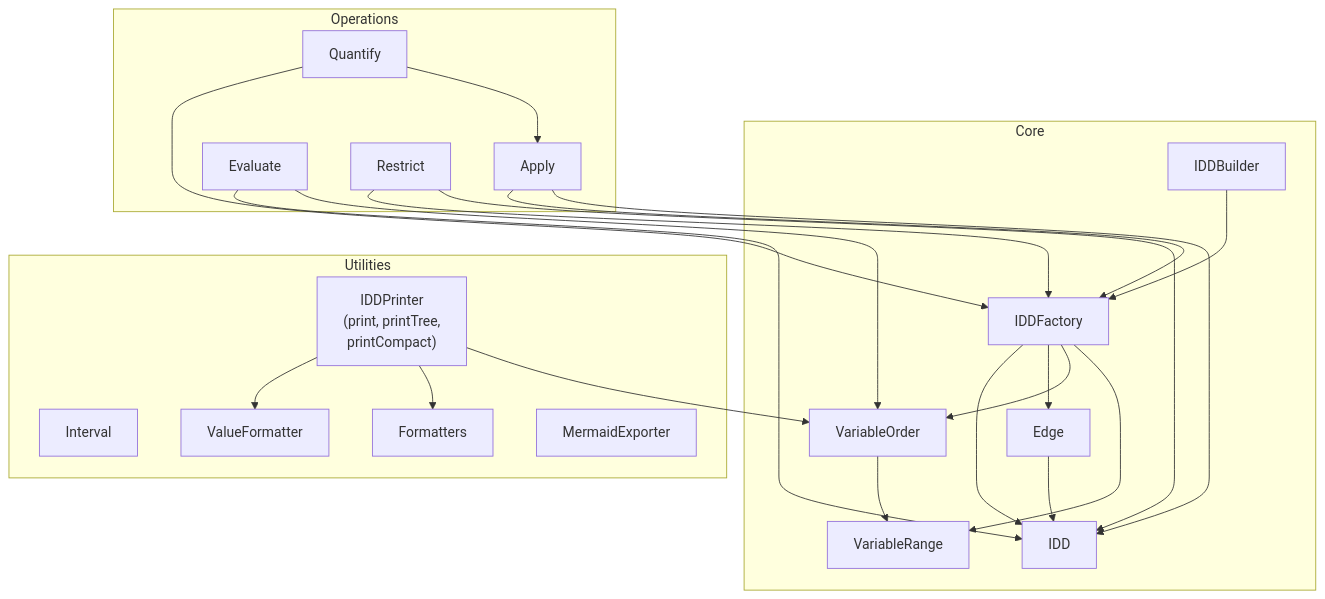
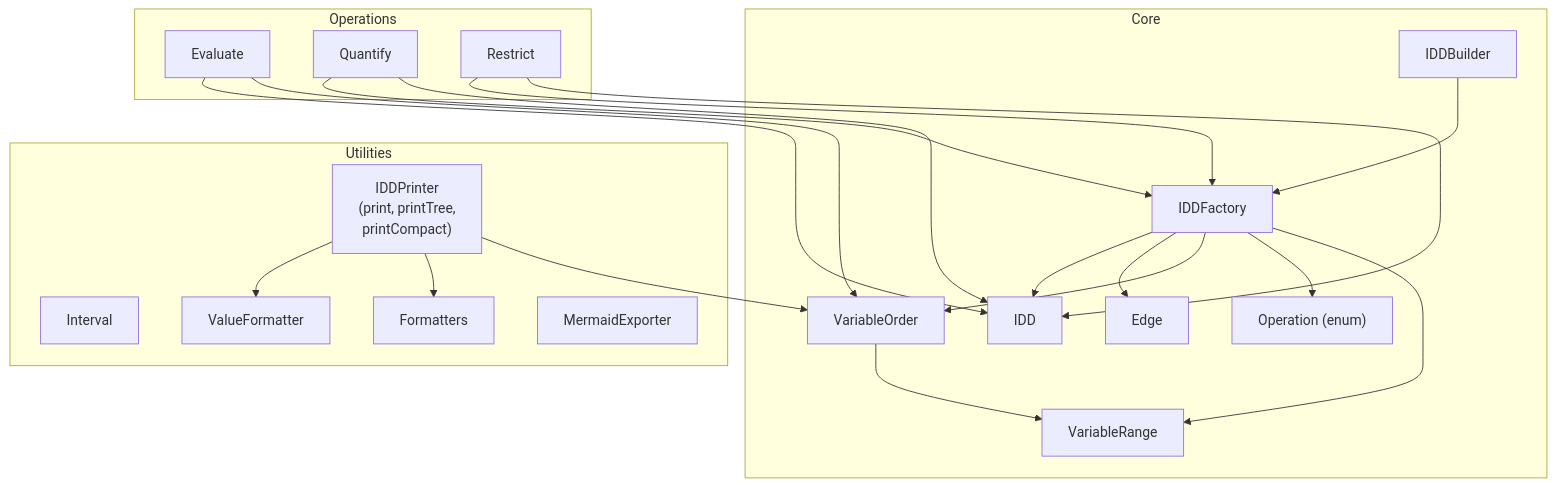
The first of 2 diagrams in docs/architecture.md (SnakeSolid/java-iddlite), drawn with Mermaid before and after one commit. The commit also changed other lines of this file and 16 other files, not shown here.

````diff
--- a/docs/architecture.md
+++ b/docs/architecture.md
@@ -23,48 +23,46 @@
 ```mermaid
 graph TD
     subgraph Core
         IDD["IDD"]
         Edge["Edge"]
         IDDFactory["IDDFactory"]
         IDDBuilder["IDDBuilder"]
         VariableOrder["VariableOrder"]
         VariableRange["VariableRange"]
+        Operation["Operation (enum)"]
     end
 
     subgraph Operations
-        Apply["Apply"]
         Evaluate["Evaluate"]
         Quantify["Quantify"]
         Restrict["Restrict"]
     end
 
     subgraph Utilities
         Interval["Interval"]
         VariableRange["VariableRange"]
         ValueFormatter["ValueFormatter"]
         Formatters["Formatters"]
         MermaidExporter["MermaidExporter"]
         IDDPrinter["IDDPrinter\n(print, printTree,\nprintCompact)"]
     end
 
     IDDBuilder --> IDDFactory
     IDDFactory --> IDD
     IDDFactory --> Edge
-    Edge --> IDD
     IDDFactory --> VariableOrder
+    IDDFactory --> Operation
     VariableOrder --> VariableRange
     IDDFactory --> VariableRange
 
     IDDPrinter --> ValueFormatter
     IDDPrinter --> Formatters
     IDDPrinter --> VariableOrder
 
-    Apply --> IDDFactory
-    Apply --> IDD
     Evaluate --> IDD
     Evaluate --> VariableOrder
     Quantify --> IDDFactory
-    Quantify --> Apply
+    Quantify --> IDD
     Restrict --> IDDFactory
     Restrict --> IDD
 ```
````
